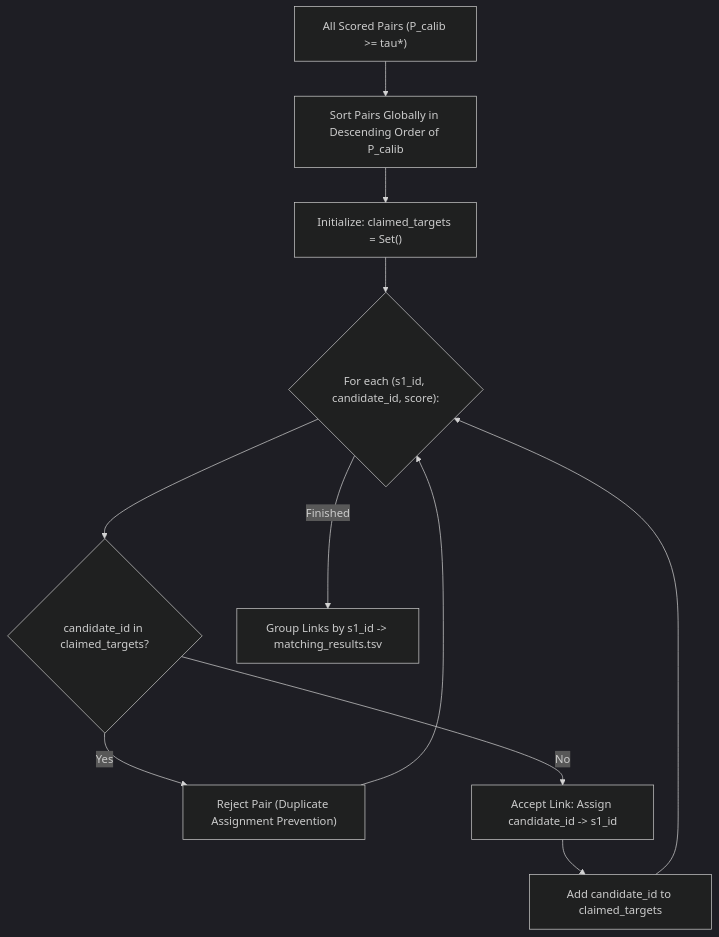
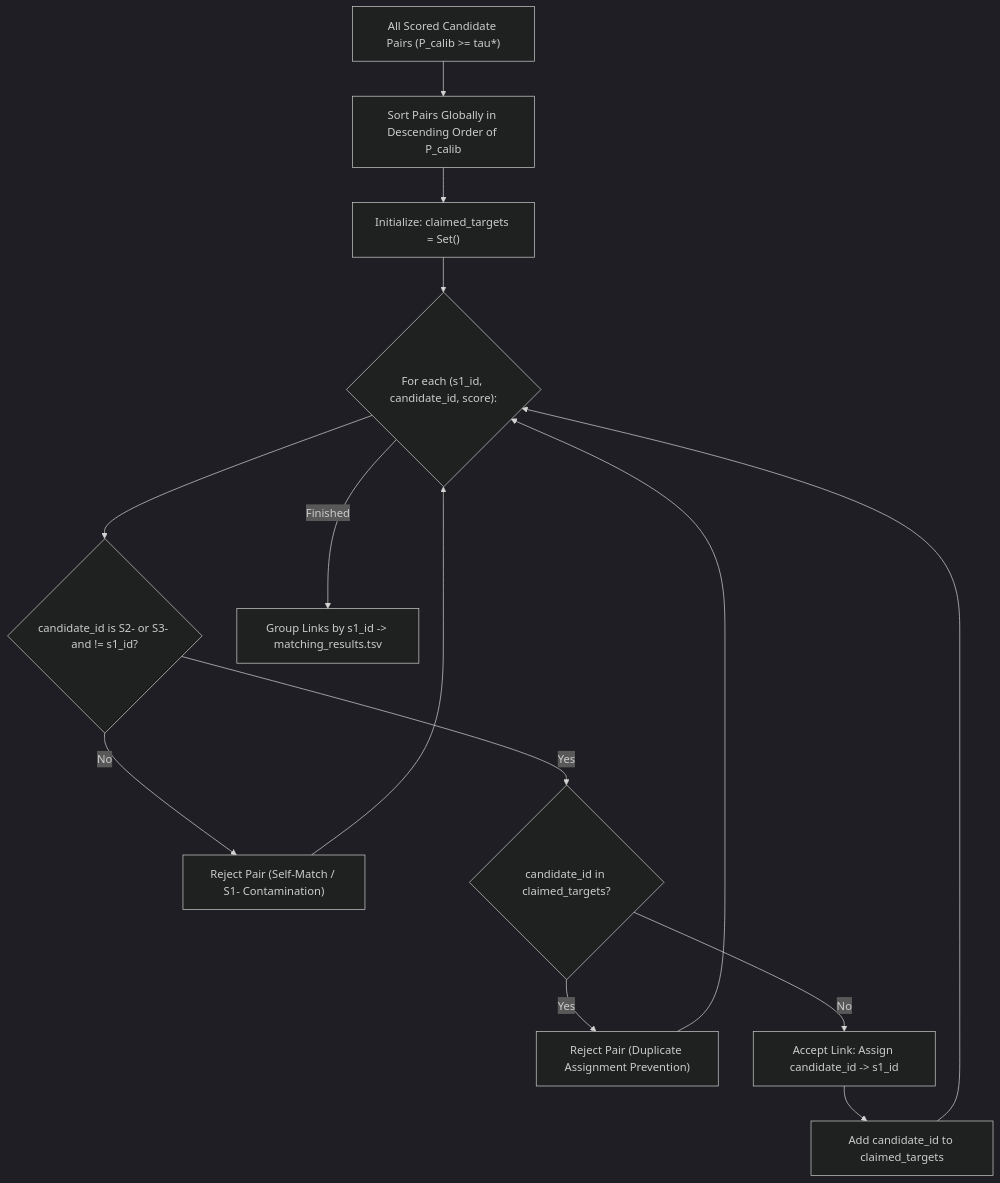
One commit to priyanshu-ogdev/AmazonMLChallenge2026 changed the diagram in docs/09_stage4_decision_and_singletons.md. Above: the diagram before and after it, drawn with Mermaid (dark theme). The commit also changed other lines of this file and 10 other files, not shown here.

Commit message:
docs: sync architecture, invariants, and memory optimizations

````diff
--- a/docs/09_stage4_decision_and_singletons.md
+++ b/docs/09_stage4_decision_and_singletons.md
@@ -71,13 +68,16 @@
 ```mermaid
 flowchart TD
-    A["All Scored Pairs (P_calib >= tau*)"] --> B["Sort Pairs Globally in Descending Order of P_calib"]
+    A["All Scored Candidate Pairs (P_calib >= tau*)"] --> B["Sort Pairs Globally in Descending Order of P_calib"]
     B --> C["Initialize: claimed_targets = Set()"]
     C --> D{"For each (s1_id, candidate_id, score):"}
-    D --> E{"candidate_id in claimed_targets?"}
-    E -- Yes --> F["Reject Pair (Duplicate Assignment Prevention)"]
-    E -- No --> G["Accept Link: Assign candidate_id -> s1_id"]
-    G --> H["Add candidate_id to claimed_targets"]
-    H --> D
-    F --> D
-    D -- Finished --> I["Group Links by s1_id -> matching_results.tsv"]
+    D --> PREFIX{"candidate_id is S2- or S3- and != s1_id?"}
+    PREFIX -- No --> REJECT_SELF["Reject Pair (Self-Match / S1- Contamination)"]
+    PREFIX -- Yes --> CLAIMED{"candidate_id in claimed_targets?"}
+    CLAIMED -- Yes --> REJECT_DUP["Reject Pair (Duplicate Assignment Prevention)"]
+    CLAIMED -- No --> ACCEPT["Accept Link: Assign candidate_id -> s1_id"]
+    ACCEPT --> ADD["Add candidate_id to claimed_targets"]
+    ADD --> D
+    REJECT_SELF --> D
+    REJECT_DUP --> D
+    D -- Finished --> OUT["Group Links by s1_id -> matching_results.tsv"]
 ```
````
